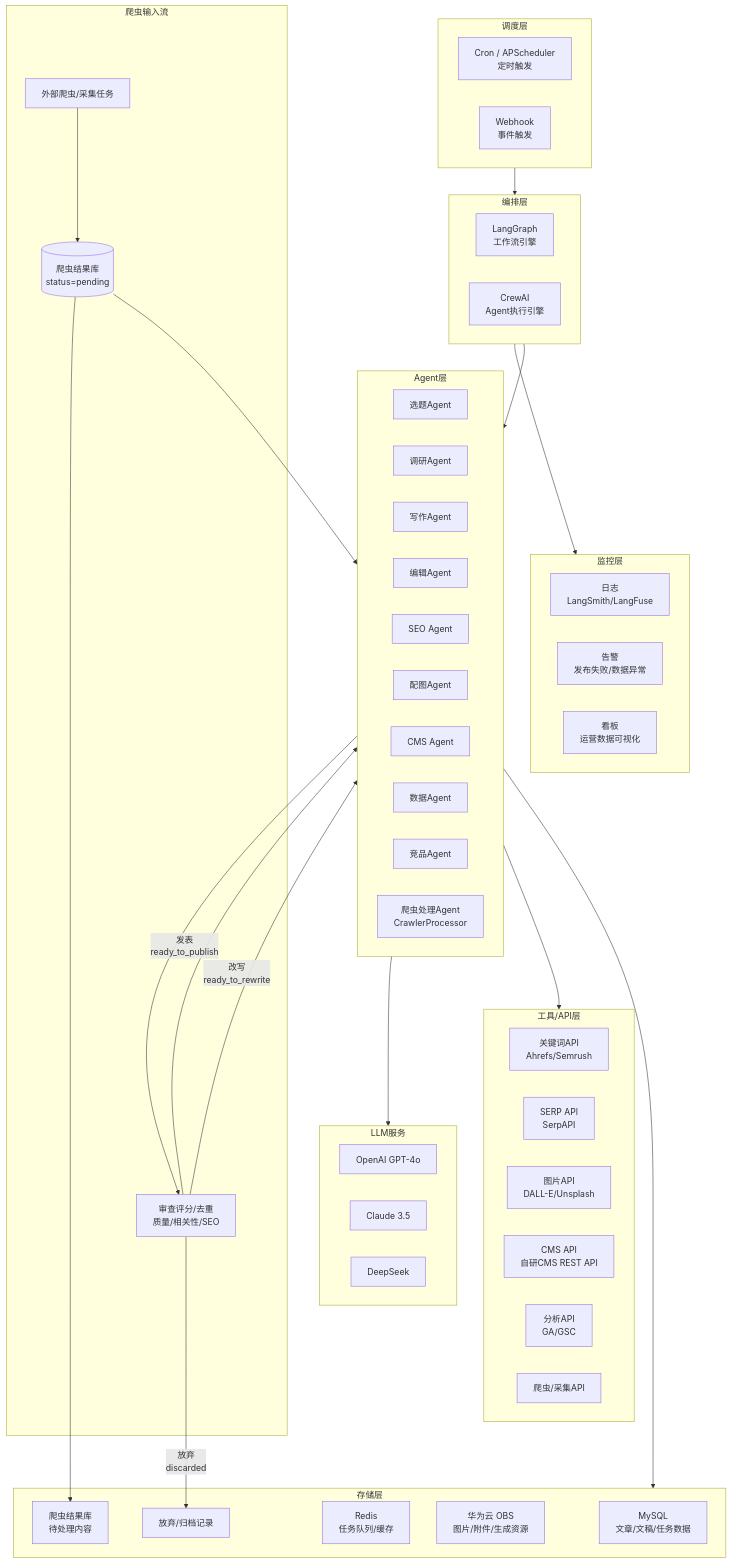
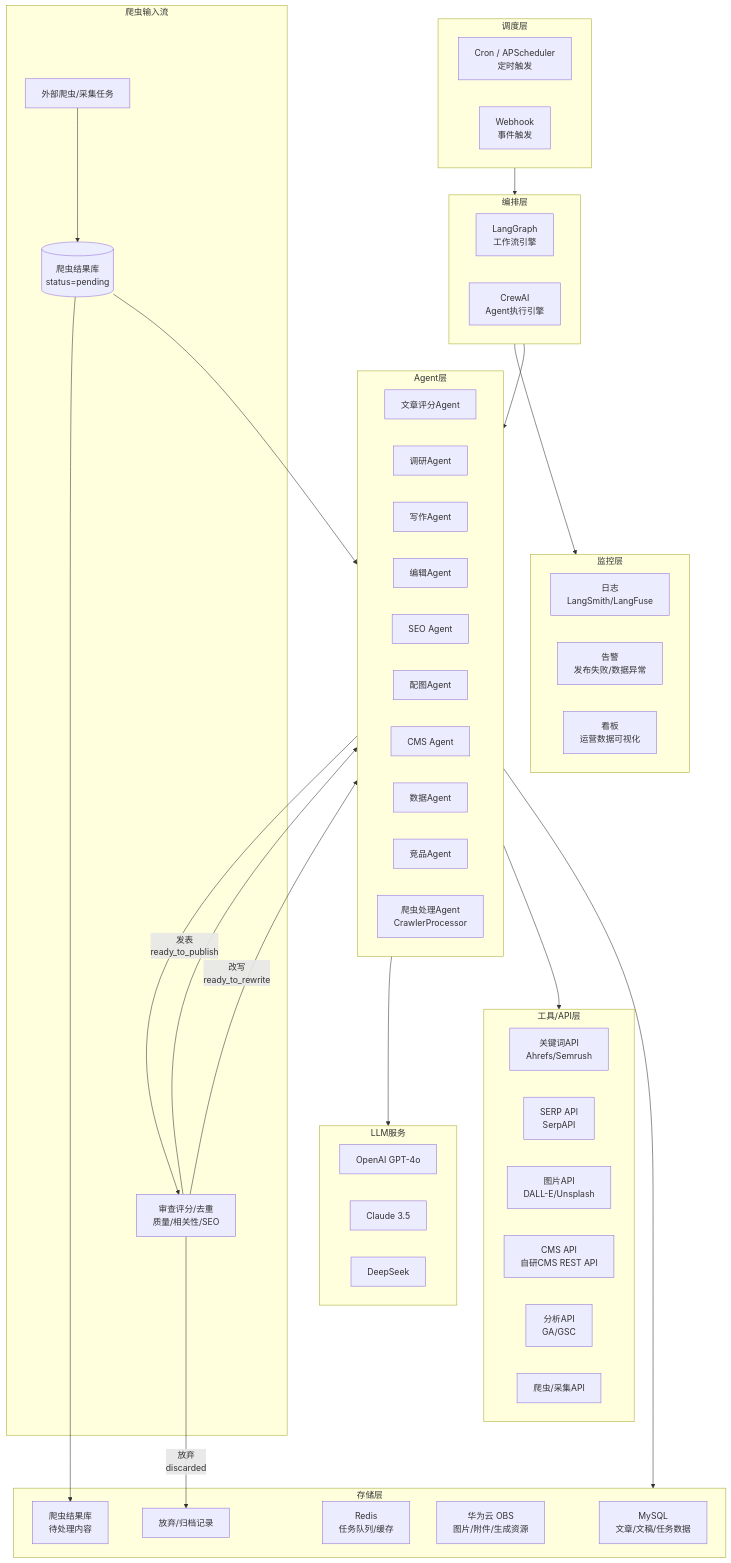
Before and after one commit to flyingsnowzz/Multi-Agent-Automatic-Operation-Website: the sixth of 10 diagrams in 多Agent自动运营网站方案.md, drawn with Mermaid. The commit also changed other lines of this file and 49 other files, not shown here.

````diff
--- a/多Agent自动运营网站方案.md
+++ b/多Agent自动运营网站方案.md
@@ -962,76 +962,76 @@
 ```mermaid
 flowchart TD
     subgraph SCHEDULER["调度层"]
         CRON["Cron / APScheduler<br/>定时触发"]
         WEBHOOK["Webhook<br/>事件触发"]
     end
 
     subgraph CRAWLER_FLOW["爬虫输入流"]
         SPIDER["外部爬虫/采集任务"]
         CRAWLER_DB[("爬虫结果库<br/>status=pending")]
         REVIEW["审查评分/去重<br/>质量/相关性/SEO"]
     end
 
     subgraph ORCHESTRATOR["编排层"]
         LANGGRAPH["LangGraph<br/>工作流引擎"]
         CREWAI["CrewAI<br/>Agent执行引擎"]
     end
 
     subgraph AGENTS["Agent层"]
     		direction LR
-        A1["选题Agent"]
+        A1["文章评分Agent"]
         A2["调研Agent"]
         A3["写作Agent"] 
         
         %% 第二行
         A4["编辑Agent"] 
         A5["SEO Agent"]
         A6["配图Agent"] 
         A7["CMS Agent"]
         A8["数据Agent"]
         A9["竞品Agent"]
         A10["爬虫处理Agent<br/>CrawlerProcessor"]
     end
 
     subgraph LLM["LLM服务"]
         OPENAI["OpenAI GPT-4o"]
         CLAUDE["Claude 3.5"]
         DEEPSEEK["DeepSeek"]
     end
 
     subgraph TOOLS["工具/API层"]
         KW_API["关键词API<br/>Ahrefs/Semrush"]
         SERP_API["SERP API<br/>SerpAPI"]
         IMG_API["图片API<br/>DALL-E/Unsplash"]
         CMS_API["CMS API<br/>自研CMS REST API"]
         GA_API["分析API<br/>GA/GSC"]
         CRAWLER_API["爬虫/采集API"]
     end
 
     subgraph STORAGE["存储层"]
         DB["MySQL<br/>文章/文稿/任务数据"]
         CRAWL_STORE["爬虫结果库<br/>待处理内容"]
         REDIS["Redis<br/>任务队列/缓存"]
         S3["华为云 OBS<br/>图片/附件/生成资源"]
         DISCARD["放弃/归档记录"]
     end
 
     subgraph MONITOR["监控层"]
         LOG["日志<br/>LangSmith/LangFuse"]
         ALERT["告警<br/>发布失败/数据异常"]
         DASHBOARD["看板<br/>运营数据可视化"]
     end
 
     SCHEDULER --> ORCHESTRATOR --> AGENTS
     SPIDER --> CRAWLER_DB
     CRAWLER_DB --> A10
     A10 --> REVIEW
     REVIEW -->|"发表<br/>ready_to_publish"| A7
     REVIEW -->|"改写<br/>ready_to_rewrite"| A3
     REVIEW -->|"放弃<br/>discarded"| DISCARD
     AGENTS --> LLM
     AGENTS --> TOOLS
     AGENTS --> STORAGE
     CRAWLER_DB --> CRAWL_STORE
     ORCHESTRATOR --> MONITOR
 ```
````
